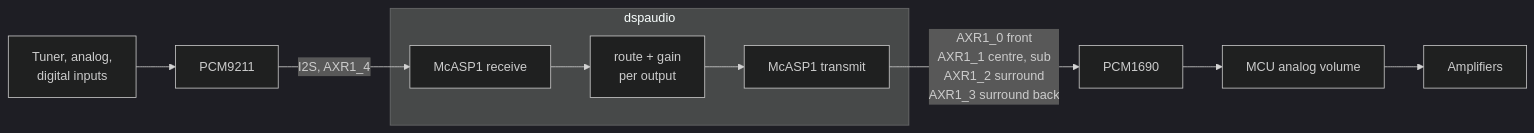
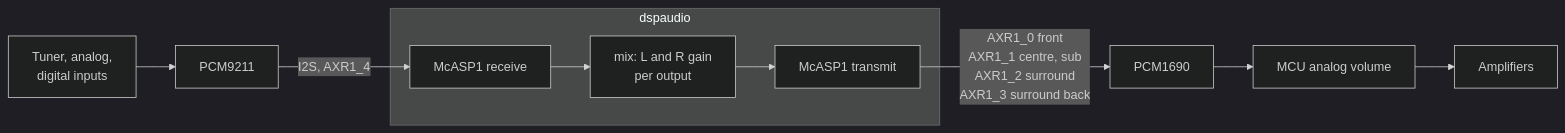
Before and after one commit to ubis/OSIRIS: the fifth of 5 diagrams in docs/architecture.md, drawn with Mermaid (dark theme). The commit also changed other lines of this file and 3 other files, not shown here.

````diff
--- a/docs/architecture.md
+++ b/docs/architecture.md
@@ -150,11 +151,11 @@
 ```mermaid
 flowchart LR
     IN[Tuner, analog,<br/>digital inputs] --> DIR[PCM9211]
     DIR -->|I2S, AXR1_4| RX[McASP1 receive]
     subgraph dspaudio
-        RX --> MIX[route + gain<br/>per output]
+        RX --> MIX[mix: L and R gain<br/>per output]
         MIX --> TX[McASP1 transmit]
     end
     TX -->|AXR1_0 front<br/>AXR1_1 centre, sub<br/>AXR1_2 surround<br/>AXR1_3 surround back| DAC[PCM1690]
     DAC --> VOL[MCU analog volume] --> AMP[Amplifiers]
 ```
````
